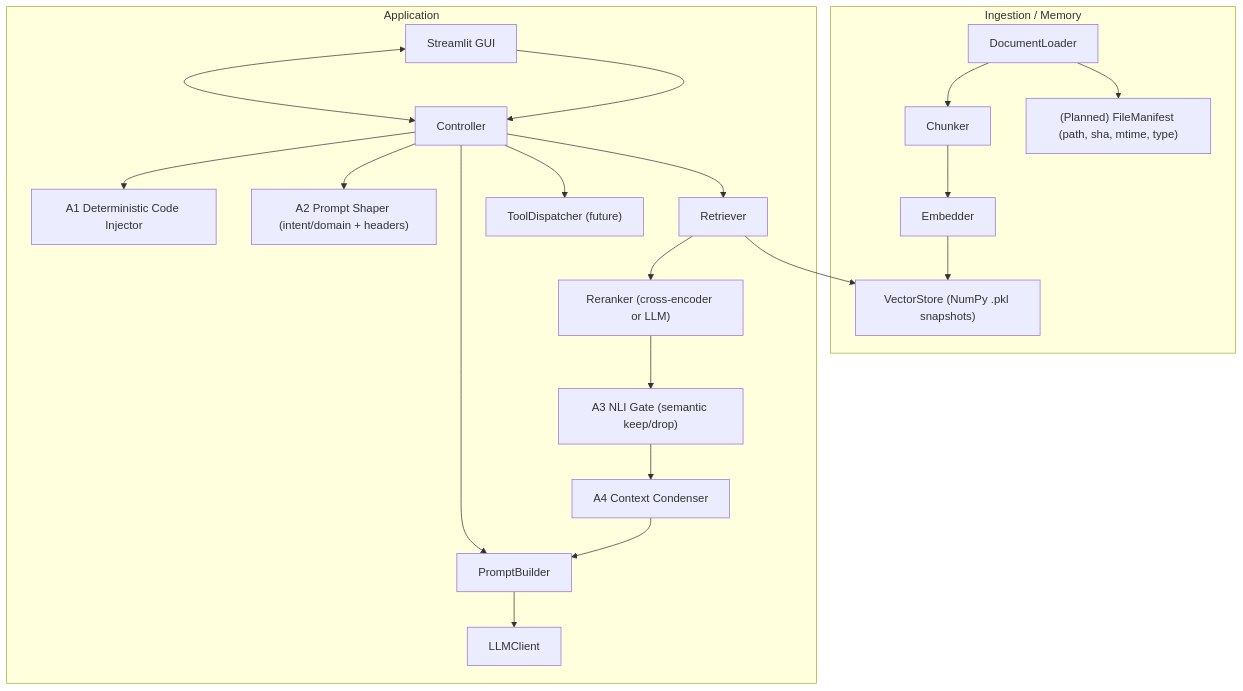
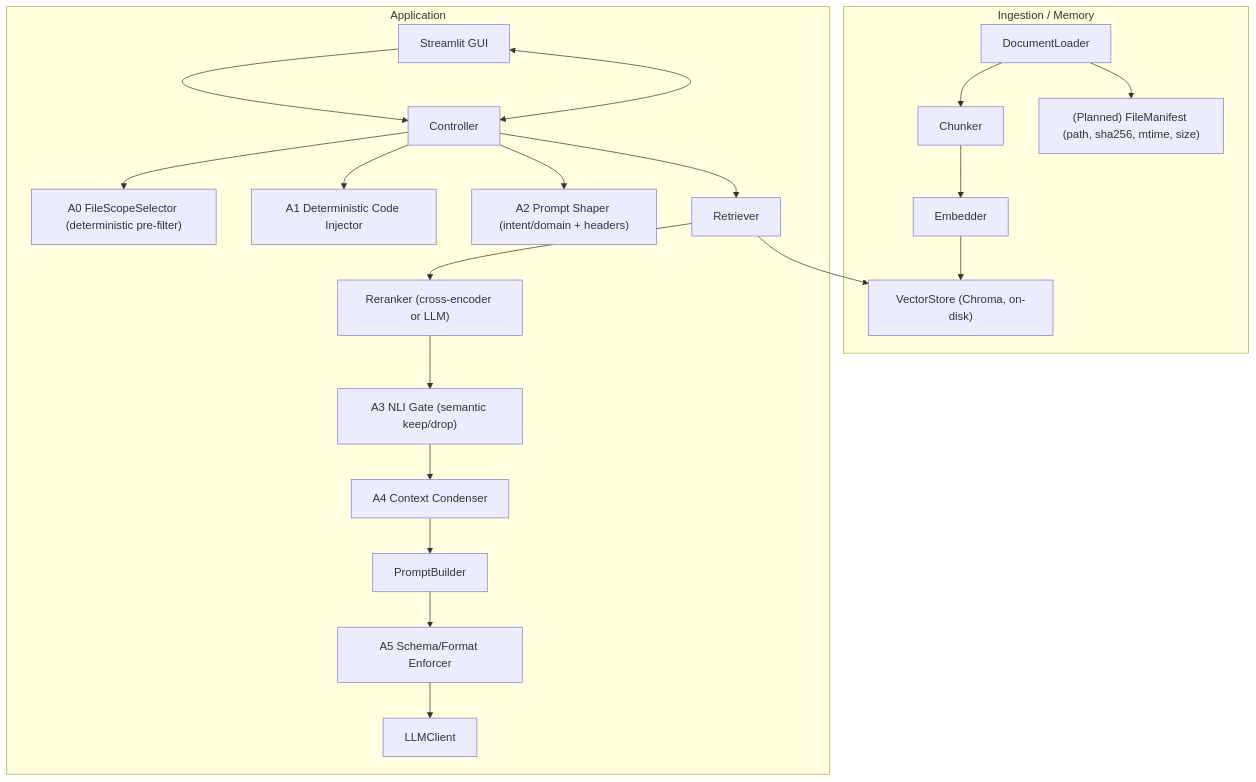
Before and after one commit to RusbehAbtahi/RAGstream: the diagram in README.md, drawn with Mermaid. The commit also changed other lines of this file and 2 other files, not shown here.

````diff
--- a/README.md
+++ b/README.md
@@ -11,35 +11,35 @@
 ```mermaid
 flowchart TD
   subgraph "Ingestion / Memory"
     LDR["DocumentLoader"]
     CHK["Chunker"]
     EMB["Embedder"]
-    VS["VectorStore (NumPy .pkl snapshots)"]
-    FM["(Planned) FileManifest (path, sha, mtime, type)"]
+    VS["VectorStore (Chroma, on-disk)"]
+    FM["(Planned) FileManifest (path, sha256, mtime, size)"]
     LDR --> CHK --> EMB --> VS
     LDR --> FM
   end
 
   subgraph "Application"
     UI["Streamlit GUI"]
     CTRL["Controller"]
+    A0["A0 FileScopeSelector (deterministic pre-filter)"]
     DCI["A1 Deterministic Code Injector"]
     PS["A2 Prompt Shaper (intent/domain + headers)"]
     RET["Retriever"]
     RER["Reranker (cross-encoder or LLM)"]
     NLI["A3 NLI Gate (semantic keep/drop)"]
     CCD["A4 Context Condenser"]
     PB["PromptBuilder"]
-    TD["ToolDispatcher (future)"]
+    A5["A5 Schema/Format Enforcer"]
     LLM["LLMClient"]
   end
 
   UI --> CTRL
+  CTRL --> A0
   CTRL --> DCI
   CTRL --> PS
   CTRL --> RET --> VS
-  RET --> RER --> NLI --> CCD --> PB
-  CTRL --> PB --> LLM
-  CTRL --> TD
+  RET --> RER --> NLI --> CCD --> PB --> A5 --> LLM
   UI <--> CTRL
 ```
````
